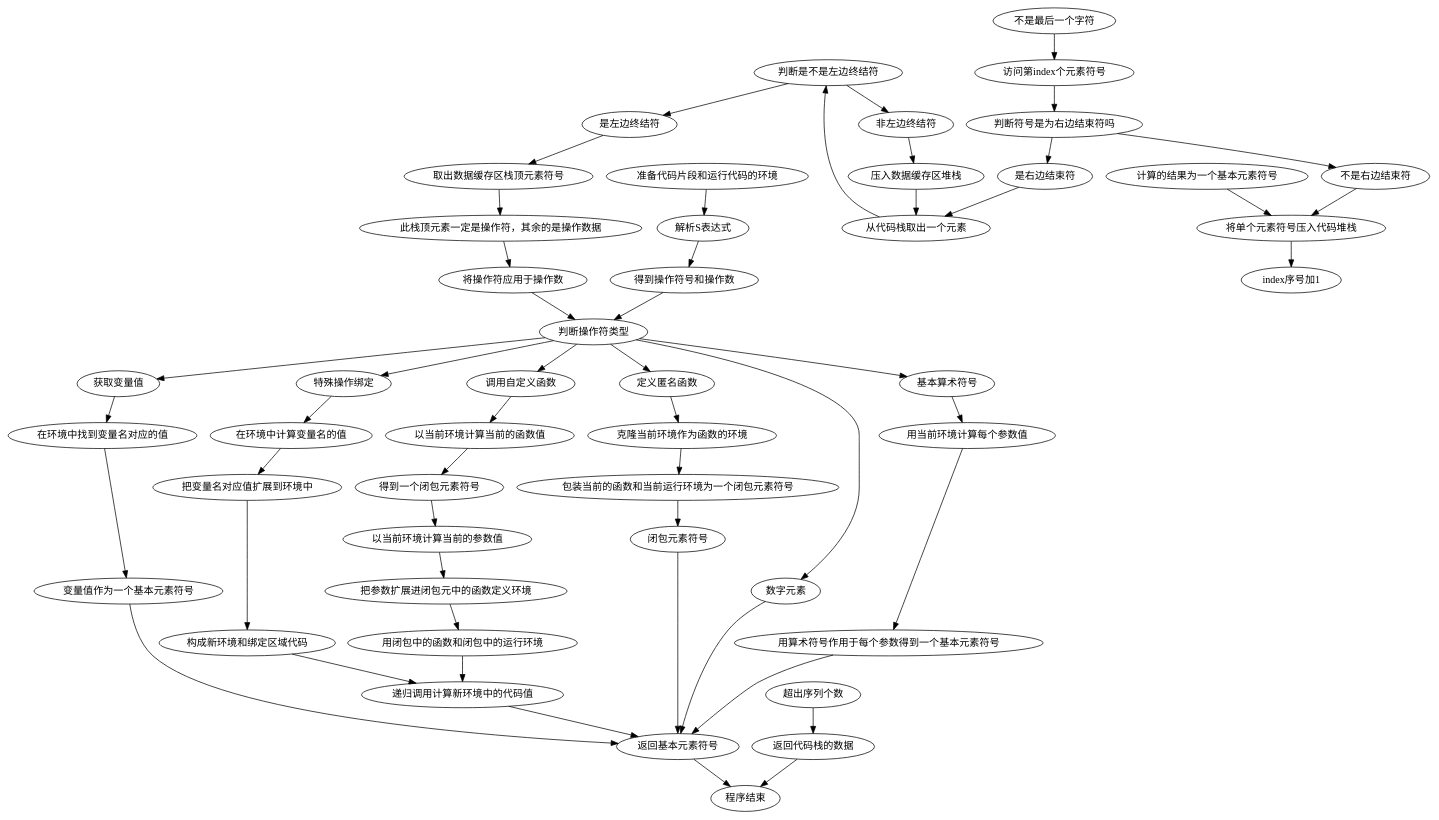
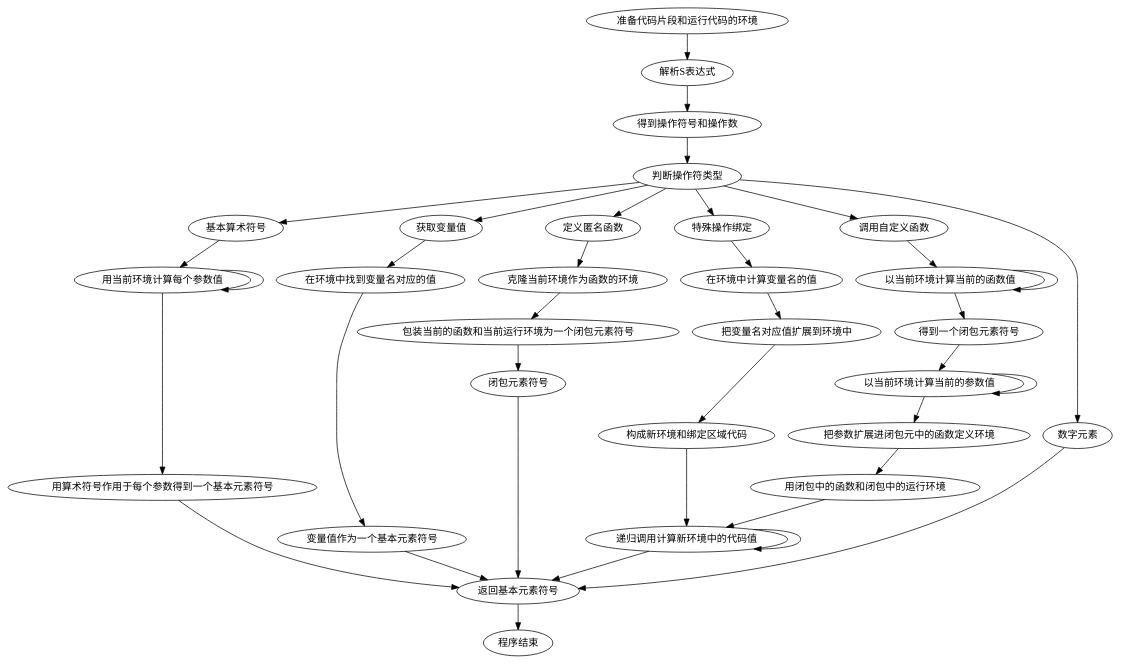
The diagram in Book/过程/test.dot (TLGK123/ReaktorEnginePre-Alpha), drawn with Graphviz before and after one commit.

Commit message:
展示递归调用的图示

```diff
--- a/Book/过程/test.dot
+++ b/Book/过程/test.dot
@@ -1,33 +1,19 @@
 digraph graphname {
 
     准备代码片段和运行代码的环境 -> 解析S表达式
     解析S表达式 ->得到操作符号和操作数-> 判断操作符类型  
-    访问第index个元素符号 -> 判断符号是为右边结束符吗
-    判断符号是为右边结束符吗 -> 不是右边结束符
-    判断符号是为右边结束符吗 -> 是右边结束符
-    不是右边结束符 -> 将单个元素符号压入代码堆栈 -> index序号加1
-
-
-    不是最后一个字符 -> 访问第index个元素符号
-    是右边结束符-> 从代码栈取出一个元素
-    从代码栈取出一个元素 -> 判断是不是左边终结符
-    判断是不是左边终结符 -> 是左边终结符
-    判断是不是左边终结符 -> 非左边终结符
-    是左边终结符 -> 取出数据缓存区栈顶元素符号 ->此栈顶元素一定是操作符，其余的是操作数据
-    此栈顶元素一定是操作符，其余的是操作数据 -> 将操作符应用于操作数
-    非左边终结符 -> 压入数据缓存区堆栈
-    计算的结果为一个基本元素符号 -> 将单个元素符号压入代码堆栈
-    压入数据缓存区堆栈 -> 从代码栈取出一个元素
-    超出序列个数 -> 返回代码栈的数据 -> 程序结束
-    将操作符应用于操作数 -> 判断操作符类型 
-    判断操作符类型 -> 基本算术符号 -> 用当前环境计算每个参数值 ->用算术符号作用于每个参数得到一个基本元素符号->返回基本元素符号
+    用当前环境计算每个参数值 -> 用当前环境计算每个参数值
+    判断操作符类型 -> 基本算术符号 -> 用当前环境计算每个参数值 -> 用算术符号作用于每个参数得到一个基本元素符号->返回基本元素符号
     判断操作符类型 -> 获取变量值 -> 在环境中找到变量名对应的值 -> 变量值作为一个基本元素符号->返回基本元素符号
     判断操作符类型 -> 特殊操作绑定 -> 在环境中计算变量名的值-> 把变量名对应值扩展到环境中 -> 构成新环境和绑定区域代码
     构成新环境和绑定区域代码 -> 递归调用计算新环境中的代码值 -> 返回基本元素符号
     判断操作符类型 -> 定义匿名函数 -> 克隆当前环境作为函数的环境-> 包装当前的函数和当前运行环境为一个闭包元素符号 -> 闭包元素符号-> 返回基本元素符号
     判断操作符类型 -> 调用自定义函数 ->以当前环境计算当前的函数值->得到一个闭包元素符号 -> 以当前环境计算当前的参数值    
     以当前环境计算当前的参数值 -> 把参数扩展进闭包元中的函数定义环境 ->用闭包中的函数和闭包中的运行环境->递归调用计算新环境中的代码值
+    以当前环境计算当前的参数值 -> 以当前环境计算当前的参数值
+    以当前环境计算当前的函数值 -> 以当前环境计算当前的函数值
     判断操作符类型 -> 数字元素 ->返回基本元素符号
     返回基本元素符号 -> 程序结束
+    递归调用计算新环境中的代码值 -> 递归调用计算新环境中的代码值
    
 }
```
